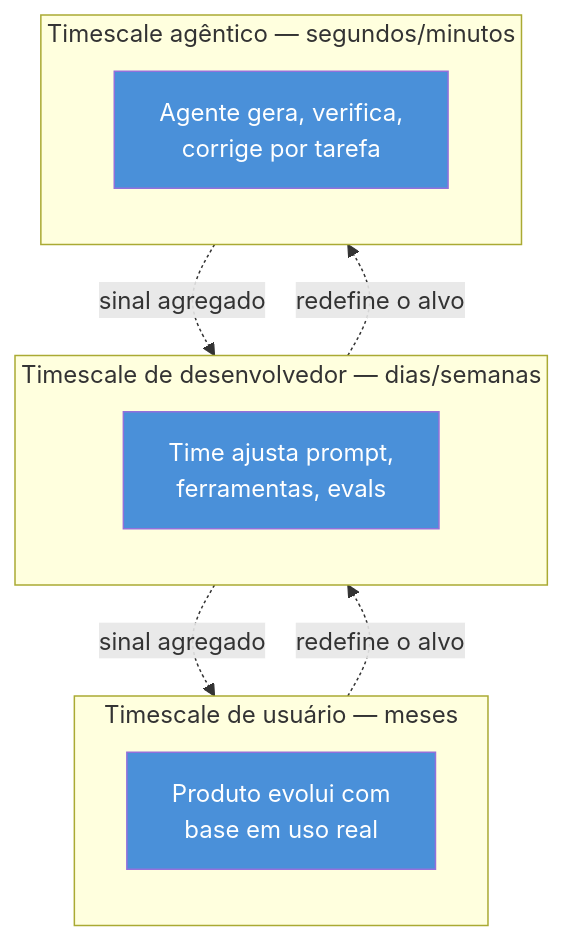
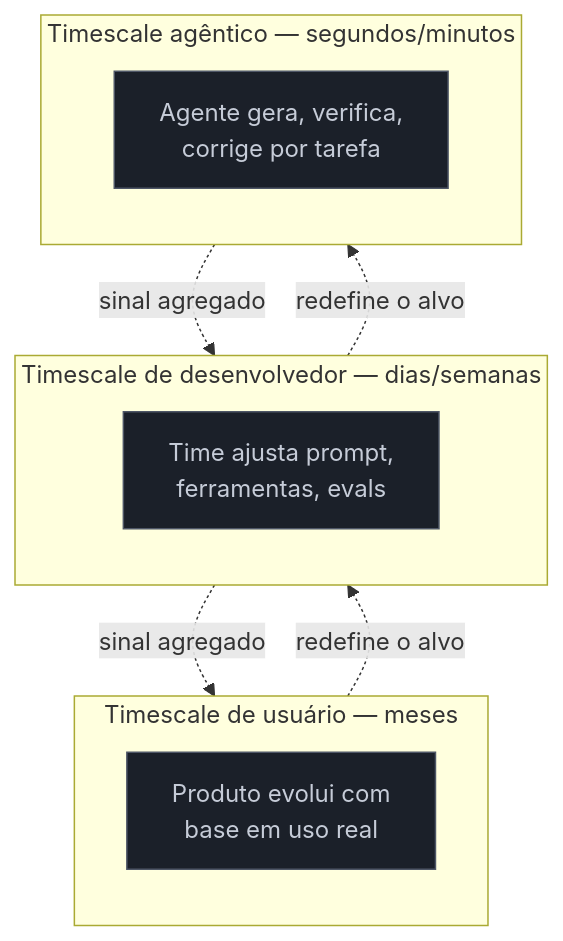
The third of 3 diagrams in 03-Dominios/Tecnologia/IA/Evolução da Engenharia de IA/05 - Loop engineering — o motor de 4 tempos e as 4 traições.md (josenaldo/codex-technomanticus), drawn with Mermaid before and after one commit. The commit also changed other lines of this file and 1181 other files, not shown here.

First line of the commit message:
fix(diagramas): paleta do sistema no lugar de cor cravada no markdown

````diff
--- a/03-Dominios/Tecnologia/IA/Evolução da Engenharia de IA/05 - Loop engineering — o motor de 4 tempos e as 4 traições.md
+++ b/03-Dominios/Tecnologia/IA/Evolução da Engenharia de IA/05 - Loop engineering — o motor de 4 tempos e as 4 traições.md
@@ -153,24 +156,25 @@
 ```mermaid
 flowchart TB
+    classDef neutro fill:#1B2029,stroke:#4E5666,color:#C6CCD8
     subgraph U["Timescale de usuário — meses"]
         direction TB
         U1["Produto evolui com<br/>base em uso real"]
     end
     subgraph D["Timescale de desenvolvedor — dias/semanas"]
         direction TB
         D1["Time ajusta prompt,<br/>ferramentas, evals"]
     end
     subgraph A["Timescale agêntico — segundos/minutos"]
         direction TB
         A1["Agente gera, verifica,<br/>corrige por tarefa"]
     end
 
     U1 -.->|"redefine o alvo"| D1
     D1 -.->|"redefine o alvo"| A1
     A1 -.->|"sinal agregado"| D1
     D1 -.->|"sinal agregado"| U1
 
-    style A1 fill:#4A90D9,color:#fff
-    style D1 fill:#4A90D9,color:#fff
-    style U1 fill:#4A90D9,color:#fff
+    class A1 neutro
+    class D1 neutro
+    class U1 neutro
 ```
````
